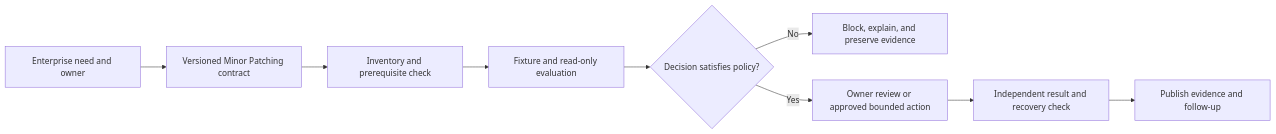
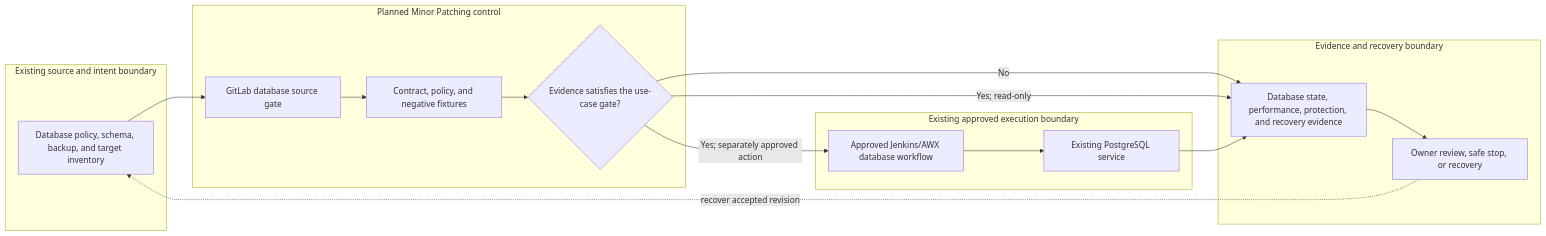
The diagram in docs/use-cases/database/UC-DB-007-minor-patching.md (MIDHTECH/enterprise-architecture-docs), drawn with Mermaid before and after one commit. The commit also changed other lines of this file and 227 other files, not shown here.

Commit message:
Deepen architecture for all use case designs

````diff
--- a/docs/use-cases/database/UC-DB-007-minor-patching.md
+++ b/docs/use-cases/database/UC-DB-007-minor-patching.md
@@ -136,11 +129,25 @@
 ```mermaid
 flowchart LR
-    Need["Enterprise need and owner"] --> Contract["Versioned Minor Patching contract"]
-    Contract --> Preflight["Inventory and prerequisite check"]
-    Preflight --> Evaluate["Fixture and read-only evaluation"]
-    Evaluate --> Decision{"Decision satisfies policy?"}
-    Decision -->|No| Stop["Block, explain, and preserve evidence"]
-    Decision -->|Yes| Review["Owner review or approved bounded action"]
-    Review --> Verify["Independent result and recovery check"]
-    Verify --> Publish["Publish evidence and follow-up"]
+    subgraph Source["Existing source and intent boundary"]
+        A["Database policy, schema, backup, and target inventory"]
+    end
+    subgraph Planned["Planned Minor Patching control"]
+        B["GitLab database source gate"]
+        C["Contract, policy, and negative fixtures"]
+        D{"Evidence satisfies the use-case gate?"}
+    end
+    subgraph Runtime["Existing approved execution boundary"]
+        E["Approved Jenkins/AWX database workflow"]
+        F["Existing PostgreSQL service"]
+    end
+    subgraph Assurance["Evidence and recovery boundary"]
+        G["Database state, performance, protection, and recovery evidence"]
+        H["Owner review, safe stop, or recovery"]
+    end
+
+    A --> B --> C --> D
+    D -->|No| G --> H
+    D -->|Yes; read-only| G
+    D -->|Yes; separately approved action| E --> F --> G
+    H -. recover accepted revision .-> A
 ```
````
